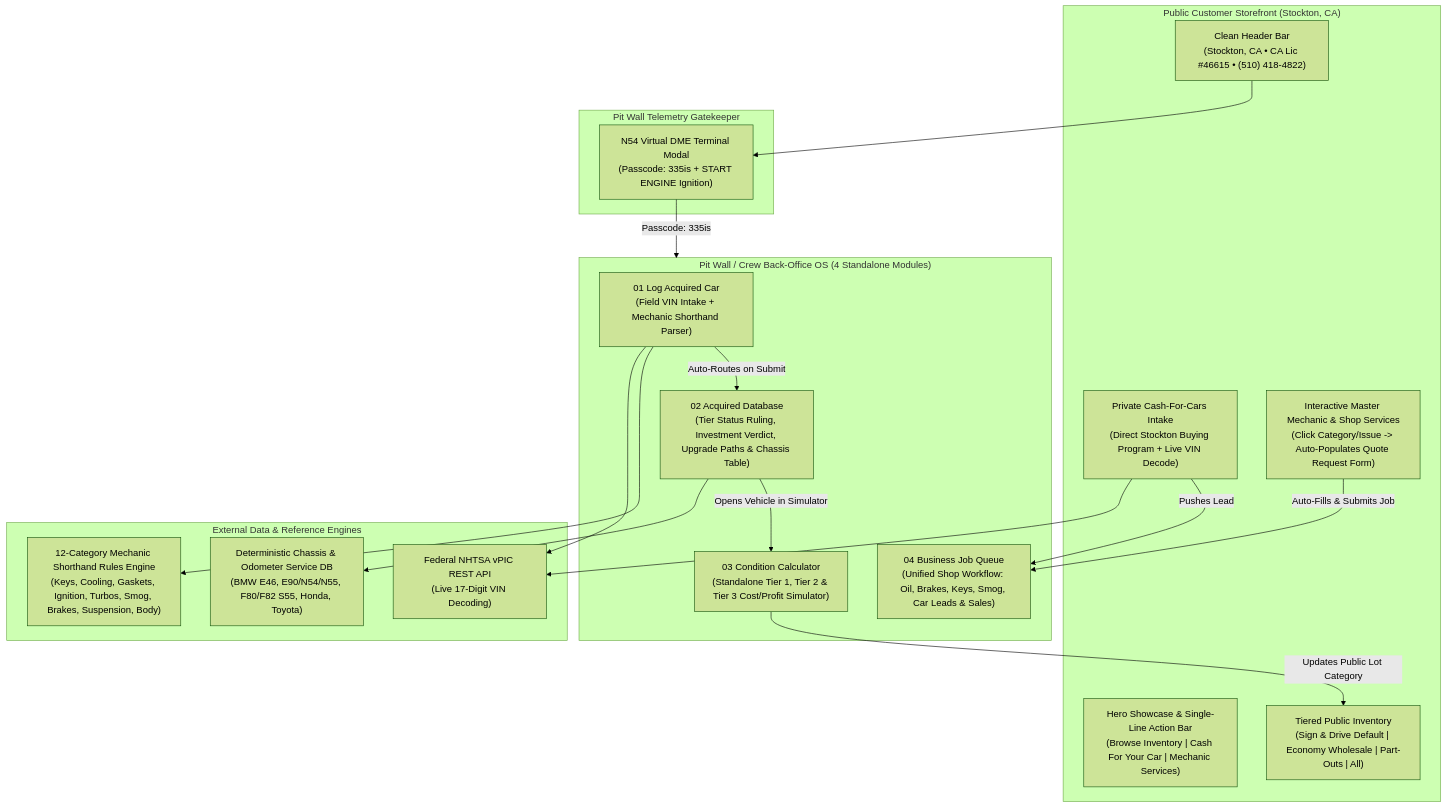
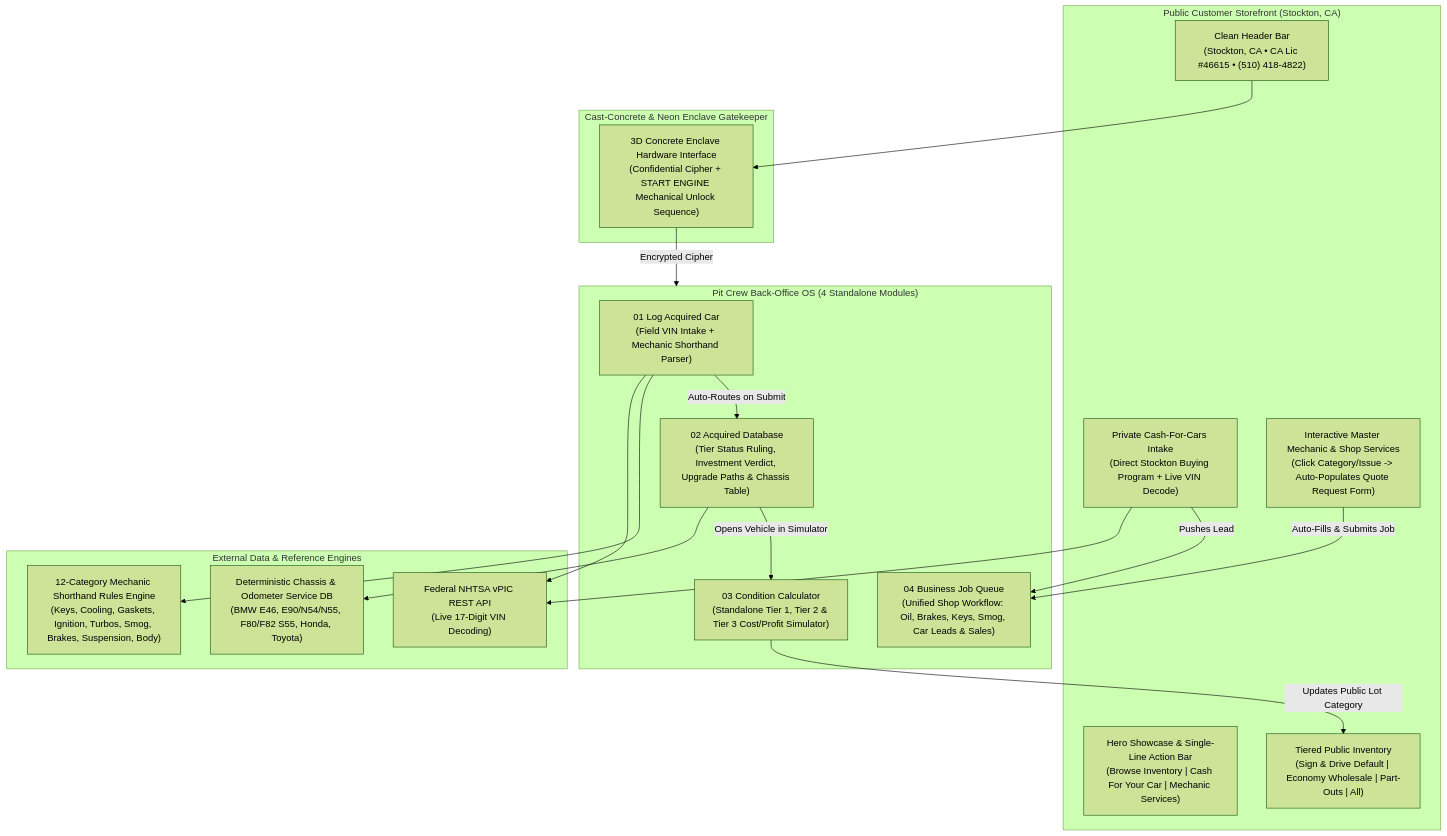
The diagram in README.md (DOMSWOOZ/MAKI-MOTORSPORTS), drawn with Mermaid (forest theme) before and after one commit. The commit also changed other lines of this file and 4 other files, not shown here.

Commit message:
Build 3D Cast-Concrete & Neon Enclave keypad, mechanical unlock sequence, rename to Pit Crew, and scrub secret cipher

````diff
--- a/README.md
+++ b/README.md
@@ -27,39 +27,39 @@
 ```mermaid
 graph TD
     subgraph Public ["Public Customer Storefront (Stockton, CA)"]
         Nav["Clean Header Bar<br/>(Stockton, CA • CA Lic #46615 • (510) 418-4822)"]
         Hero["Hero Showcase & Single-Line Action Bar<br/>(Browse Inventory | Cash For Your Car | Mechanic Services)"]
         Inv["Tiered Public Inventory<br/>(Sign & Drive Default | Economy Wholesale | Part-Outs | All)"]
         CFC["Private Cash-For-Cars Intake<br/>(Direct Stockton Buying Program + Live VIN Decode)"]
         Mech["Interactive Master Mechanic & Shop Services<br/>(Click Category/Issue -> Auto-Populates Quote Request Form)"]
     end
 
-    subgraph Gate ["Pit Wall Telemetry Gatekeeper"]
-        Terminal["N54 Virtual DME Terminal Modal<br/>(Passcode: 335is + START ENGINE Ignition)"]
+    subgraph Gate ["Cast-Concrete & Neon Enclave Gatekeeper"]
+        Terminal["3D Concrete Enclave Hardware Interface<br/>(Confidential Cipher + START ENGINE Mechanical Unlock Sequence)"]
     end
 
-    subgraph PitWall ["Pit Wall / Crew Back-Office OS (4 Standalone Modules)"]
+    subgraph PitCrew ["Pit Crew Back-Office OS (4 Standalone Modules)"]
         Mod1["01 Log Acquired Car<br/>(Field VIN Intake + Mechanic Shorthand Parser)"]
         Mod2["02 Acquired Database<br/>(Tier Status Ruling, Investment Verdict, Upgrade Paths & Chassis Table)"]
         Mod3["03 Condition Calculator<br/>(Standalone Tier 1, Tier 2 & Tier 3 Cost/Profit Simulator)"]
         Mod4["04 Business Job Queue<br/>(Unified Shop Workflow: Oil, Brakes, Keys, Smog, Car Leads & Sales)"]
     end
 
     subgraph External ["External Data & Reference Engines"]
         NHTSA["Federal NHTSA vPIC REST API<br/>(Live 17-Digit VIN Decoding)"]
         ChassisDB["Deterministic Chassis & Odometer Service DB<br/>(BMW E46, E90/N54/N55, F80/F82 S55, Honda, Toyota)"]
         Rules["12-Category Mechanic Shorthand Rules Engine<br/>(Keys, Cooling, Gaskets, Ignition, Turbos, Smog, Brakes, Suspension, Body)"]
     end
 
     Nav --> Terminal
-    Terminal -->|Passcode: 335is| PitWall
+    Terminal -->|Encrypted Cipher| PitCrew
     CFC --> NHTSA
     CFC -->|Pushes Lead| Mod4
     Mech -->|Auto-Fills & Submits Job| Mod4
     Mod1 --> NHTSA
     Mod1 --> Rules
     Mod1 -->|Auto-Routes on Submit| Mod2
     Mod2 --> ChassisDB
     Mod2 -->|Opens Vehicle in Simulator| Mod3
     Mod3 -->|Updates Public Lot Category| Inv
 ```
````
